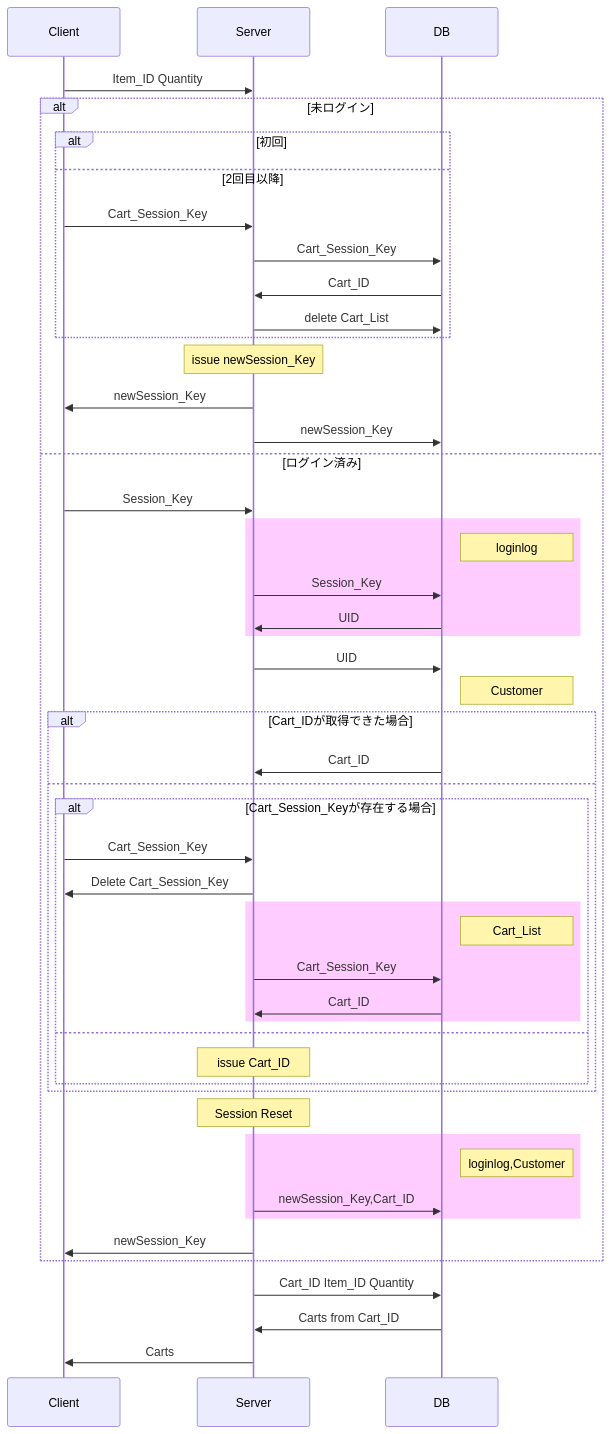
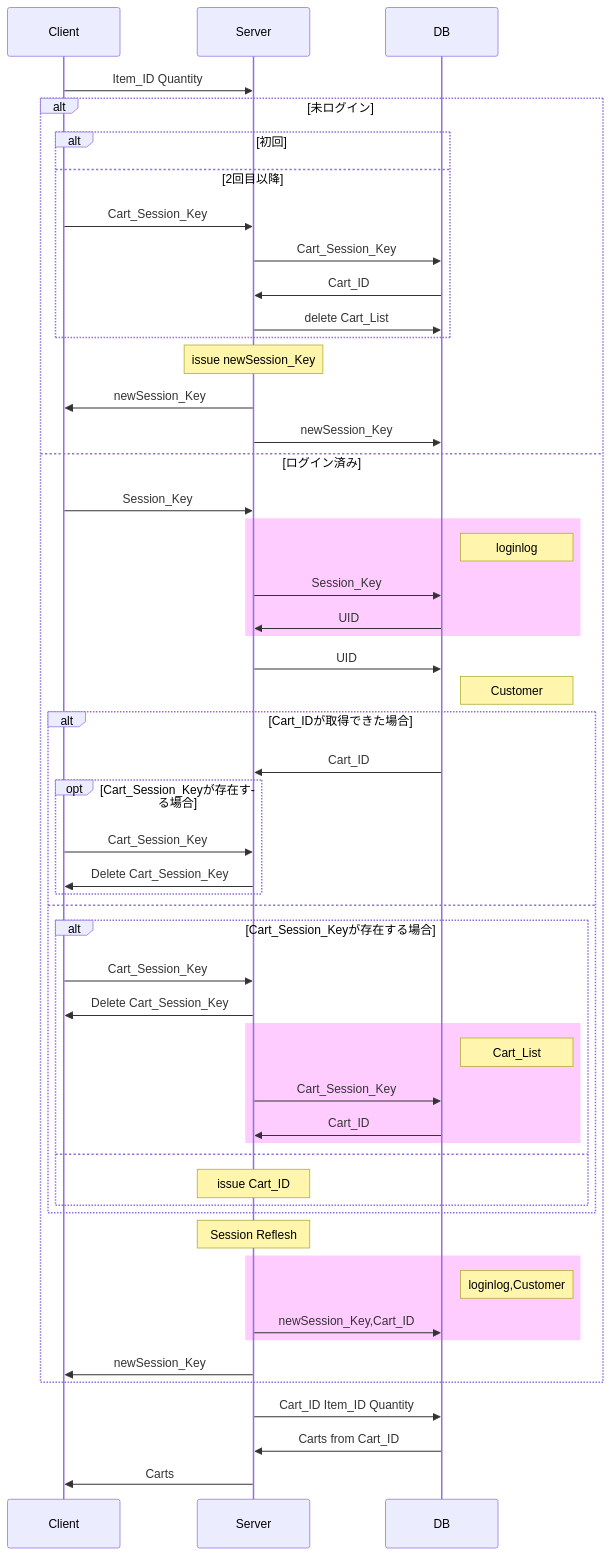
One commit to WhatACotton/CharisWorks-BackEnd changed the fifth of 6 diagrams in README.md. Above: the diagram before and after it, drawn with Mermaid. The commit also changed other lines of this file, not shown here.

````diff
--- a/README.md
+++ b/README.md
@@ -86,57 +86,63 @@
 ```mermaid
 sequenceDiagram
 participant Client
 participant Server
 participant DB
 Client ->> Server:Item_ID Quantity
 alt 未ログイン
 alt 初回
 else 2回目以降
 Client ->> Server:Cart_Session_Key
 Server ->> DB:Cart_Session_Key
 DB ->> Server:Cart_ID　
 Server ->> DB: delete Cart_List
 end
 Note over Server:issue newSession_Key
 Server ->> Client:newSession_Key
 Server ->> DB:newSession_Key
 else ログイン済み
 Client ->> Server: Session_Key
 rect rgba(255, 0, 255, 0.2)
 Note right of DB: loginlog
 Server ->> DB: Session_Key
 DB ->> Server: UID
 end
 Server ->> DB: UID
 Note right of DB: Customer
 alt Cart_IDが取得できた場合
 
 
 DB ->> Server:Cart_ID
+opt Cart_Session_Keyが存在する場合
+
+Client ->> Server: Cart_Session_Key
+Server ->> Client: Delete Cart_Session_Key
+end
 else
 
 alt Cart_Session_Keyが存在する場合
 
 Client ->> Server: Cart_Session_Key
 Server ->> Client: Delete Cart_Session_Key
 rect rgba(255, 0, 255, 0.2)
 Note right of DB: Cart_List
 Server ->> DB: Cart_Session_Key
 DB ->> Server:Cart_ID
+
 end
 
 else
 Note over Server: issue Cart_ID
 end
 end
-Note over Server: Session Reset
+Note over Server: Session Reflesh
 rect rgba(255, 0, 255, 0.2)
 Note right of DB: loginlog,Customer
 Server ->> DB:newSession_Key,Cart_ID
 end
 Server ->> Client :newSession_Key
 end
 Server ->> DB:Cart_ID Item_ID Quantity
 DB ->> Server:Carts from Cart_ID
 Server ->> Client:Carts
 ```
````
